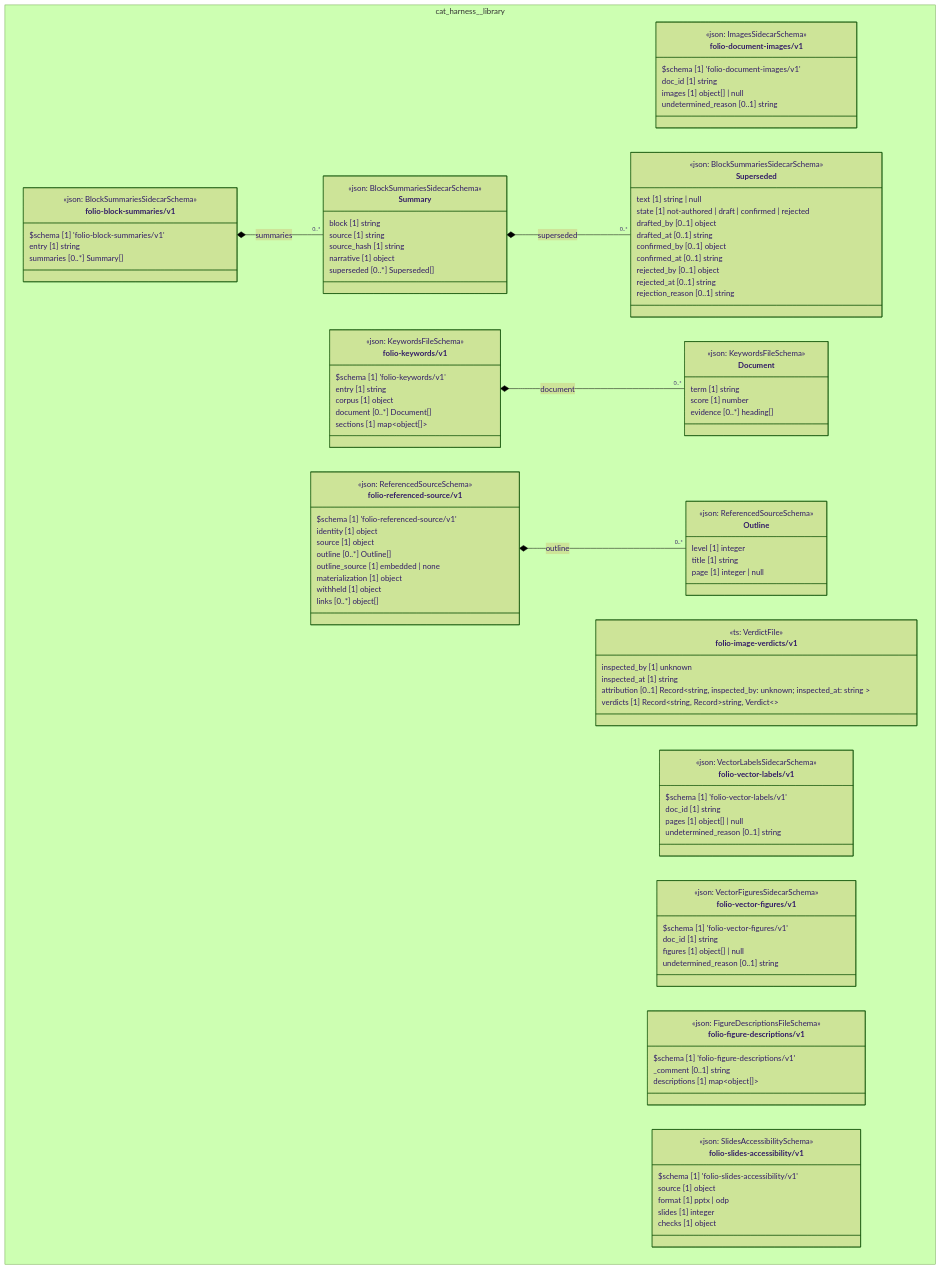
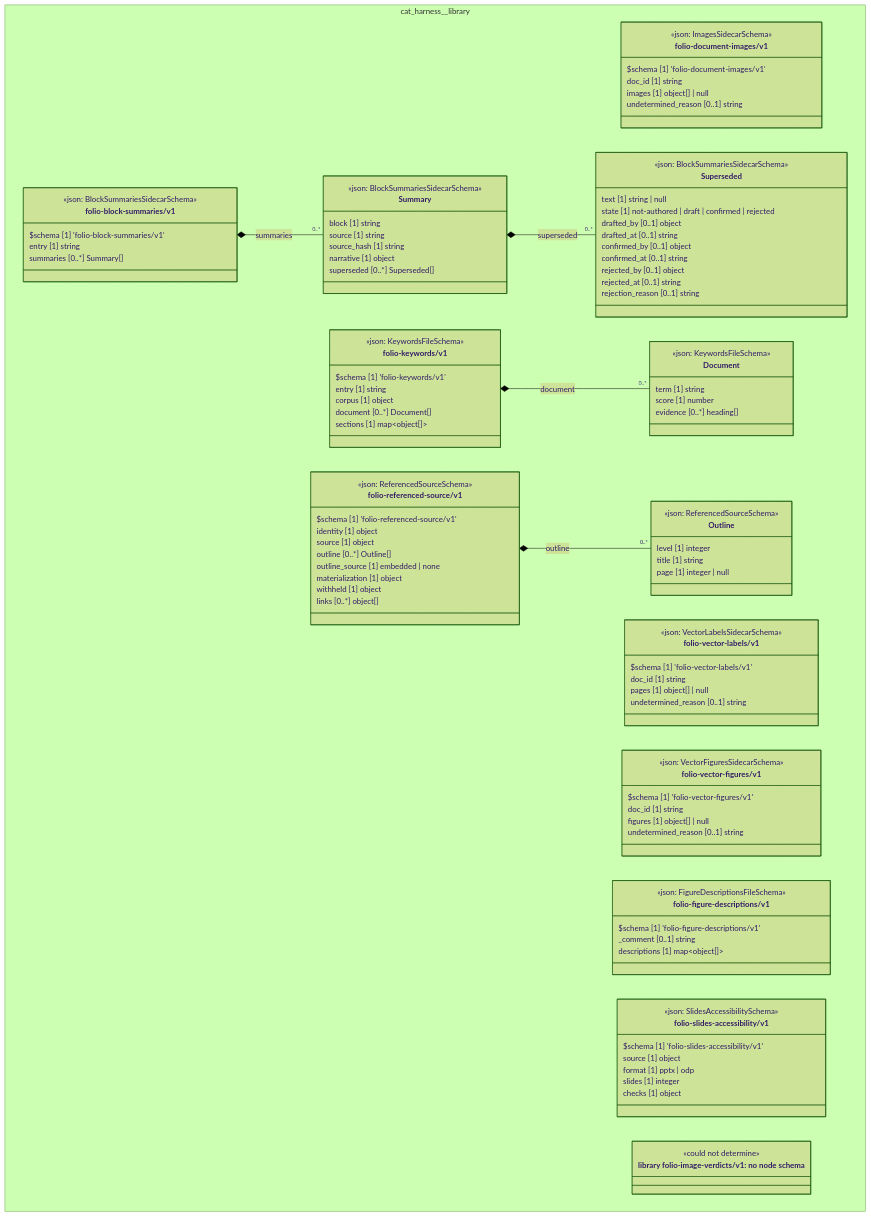
One commit to litlfred/cat-harness changed the diagram in docs/uml/overview/cat-harness/library.md. Above: the diagram before and after it, drawn with Mermaid (forest theme). The commit also changed other lines of this file and 2545 other files, not shown here.

````diff
--- a/docs/uml/overview/cat-harness/library.md
+++ b/docs/uml/overview/cat-harness/library.md
@@ -54,13 +54,6 @@
       doc_id [1] string
       images [1] object[] | null
       undetermined_reason [0..1] string
-    }
-    class cat_harness_library_folio_image_verdicts_v1["folio-image-verdicts/v1"] {
-      <<ts: VerdictFile>>
-      inspected_by [1] unknown
-      inspected_at [1] string
-      attribution [0..1] Record~string,  inspected_by: unknown; inspected_at: string ~
-      verdicts [1] Record~string, Record~string, Verdict~~
     }
     class cat_harness_library_folio_vector_labels_v1_folio_vector_labels_v1["folio-vector-labels/v1"] {
       <<json: VectorLabelsSidecarSchema>>
@@ -147,13 +140,15 @@
       withheld [1] object
       links [0..*] object[]
     }
+    class n_cat_harness_library_library_folio_image_verdicts_v1["library folio-image-verdicts/v1: no node schema"] {
+      <<could not determine>>
+    }
   }
   cat_harness_library_folio_block_summaries_v1_Summary *-- "0..*" cat_harness_library_folio_block_summaries_v1_Superseded : superseded
   cat_harness_library_folio_block_summaries_v1_folio_block_summaries_v1 *-- "0..*" cat_harness_library_folio_block_summaries_v1_Summary : summaries
   cat_harness_library_folio_keywords_v1_folio_keywords_v1 *-- "0..*" cat_harness_library_folio_keywords_v1_Document : document
   cat_harness_library_folio_referenced_source_v1_folio_referenced_source_v1 *-- "0..*" cat_harness_library_folio_referenced_source_v1_Outline : outline
   cssClass "cat_harness_library_folio_document_images_v1_folio_document_images_v1" fa_uml_kind_library
-  cssClass "cat_harness_library_folio_image_verdicts_v1" fa_uml_kind_library
   cssClass "cat_harness_library_folio_vector_labels_v1_folio_vector_labels_v1" fa_uml_kind_library
   cssClass "cat_harness_library_folio_vector_figures_v1_folio_vector_figures_v1" fa_uml_kind_library
   cssClass "cat_harness_library_folio_figure_descriptions_v1_folio_figure_descriptions_v1" fa_uml_kind_library
@@ -165,4 +160,6 @@
   cssClass "cat_harness_library_folio_slides_accessibility_v1_folio_slides_accessibility_v1" fa_uml_kind_library
   cssClass "cat_harness_library_folio_referenced_source_v1_Outline" fa_uml_kind_library
   cssClass "cat_harness_library_folio_referenced_source_v1_folio_referenced_source_v1" fa_uml_kind_library
+  cssClass "n_cat_harness_library_library_folio_image_verdicts_v1" fa_uml_kind_library_folio_image_verdicts_v1
+  cssClass "n_cat_harness_library_library_folio_image_verdicts_v1" fa_uml_undetermined
 ```
````
